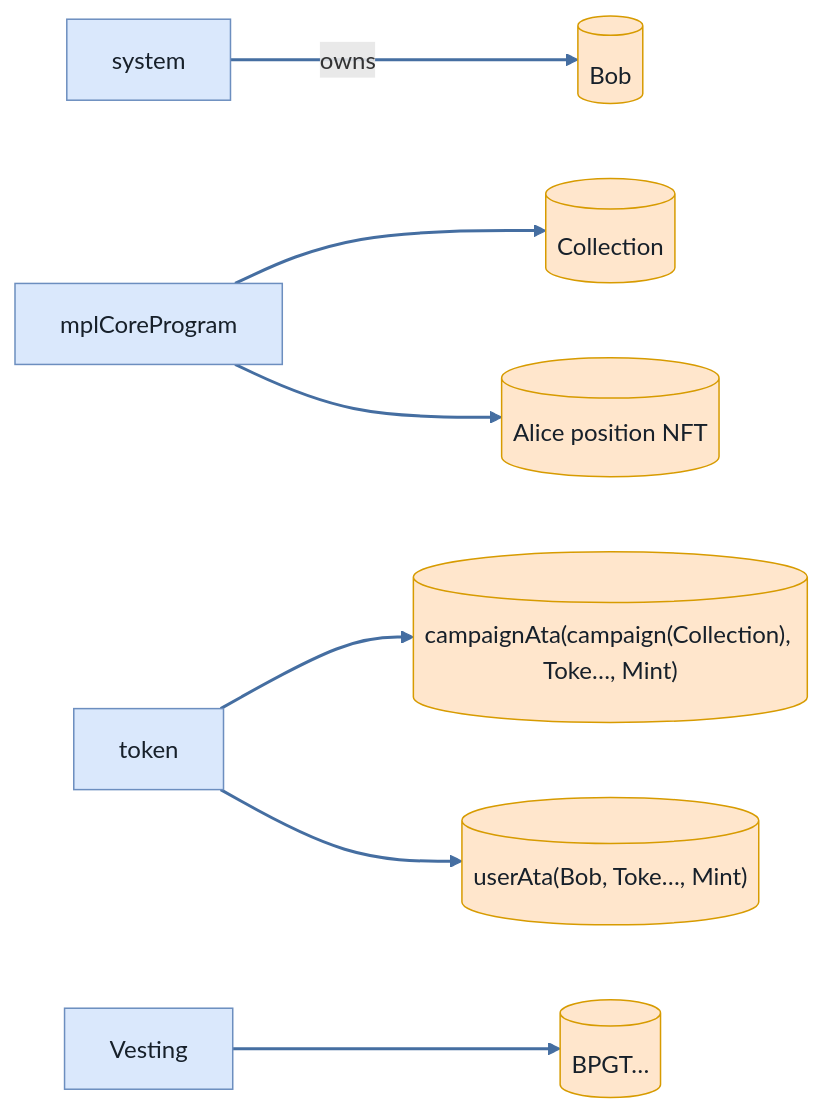
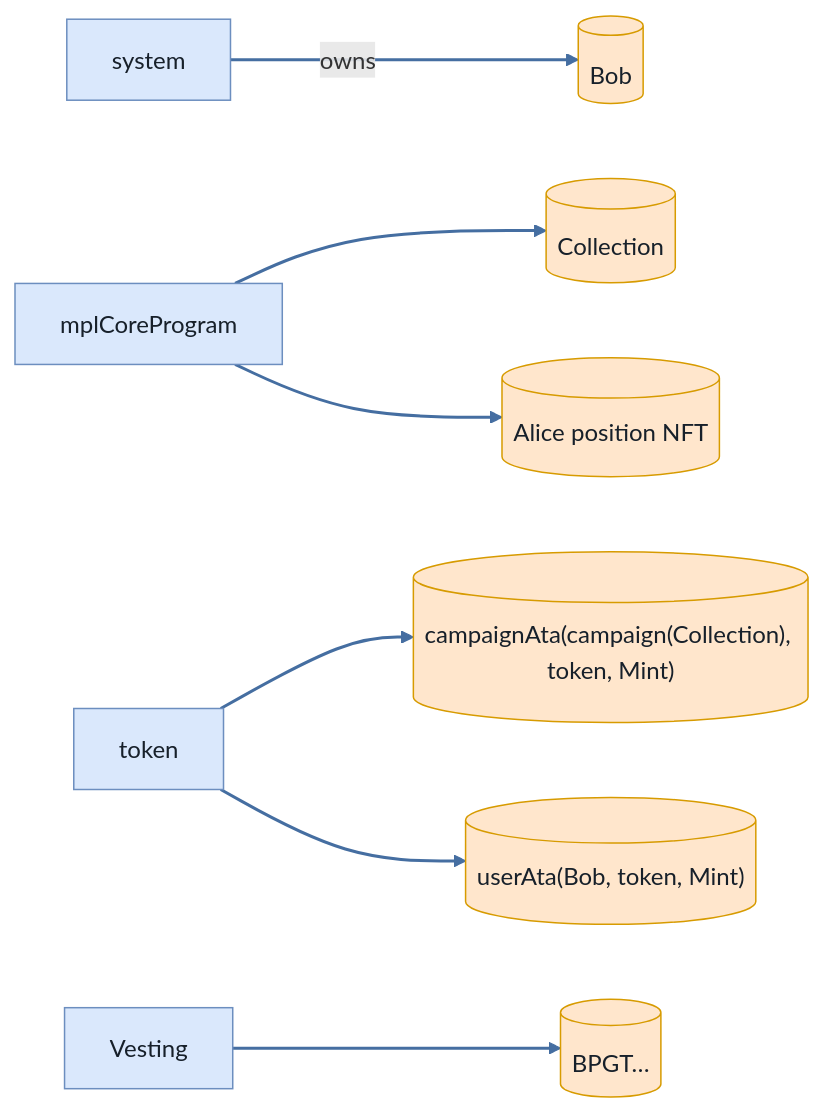
Diagram 24 of 36 in md-reports-babelfish/full_lifecycle.md (cds-turbin3/vesting-position), drawn with Mermaid before and after one commit. The commit also changed other lines of this file and 104 other files, not shown here.

````diff
--- a/md-reports-babelfish/full_lifecycle.md
+++ b/md-reports-babelfish/full_lifecycle.md
@@ -1028,23 +1028,23 @@
 ```mermaid
 flowchart LR
     system["system"]:::program
     Bob[("Bob")]:::state
     mplCoreProgram["mplCoreProgram"]:::program
     Collection[("Collection")]:::state
     token["token"]:::program
-    campaignAtacampaignCollectionTokeMint[("campaignAta(campaign(Collection), Toke…, Mint)")]:::state
-    userAtaBobTokeMint[("userAta(Bob, Toke…, Mint)")]:::state
+    campaignAtacampaignCollectiontokenMint[("campaignAta(campaign(Collection), token, Mint)")]:::state
+    userAtaBobtokenMint[("userAta(Bob, token, Mint)")]:::state
     AlicepositionNFT[("Alice position NFT")]:::state
     Vesting["Vesting"]:::program
     BPGT[("BPGT…")]:::state
     system -->|owns| Bob
     mplCoreProgram --> Collection
-    token --> campaignAtacampaignCollectionTokeMint
-    token --> userAtaBobTokeMint
+    token --> campaignAtacampaignCollectiontokenMint
+    token --> userAtaBobtokenMint
     mplCoreProgram --> AlicepositionNFT
     Vesting --> BPGT
     classDef program fill:#dae8fc,stroke:#6c8ebf,color:#17202a;
     classDef signer fill:#d5e8d4,stroke:#82b366,color:#17202a;
     classDef state fill:#ffe6cc,stroke:#d79b00,color:#17202a;
     linkStyle 0,1,2,3,4,5 stroke:#456ea1,stroke-width:2px
 ```
````
